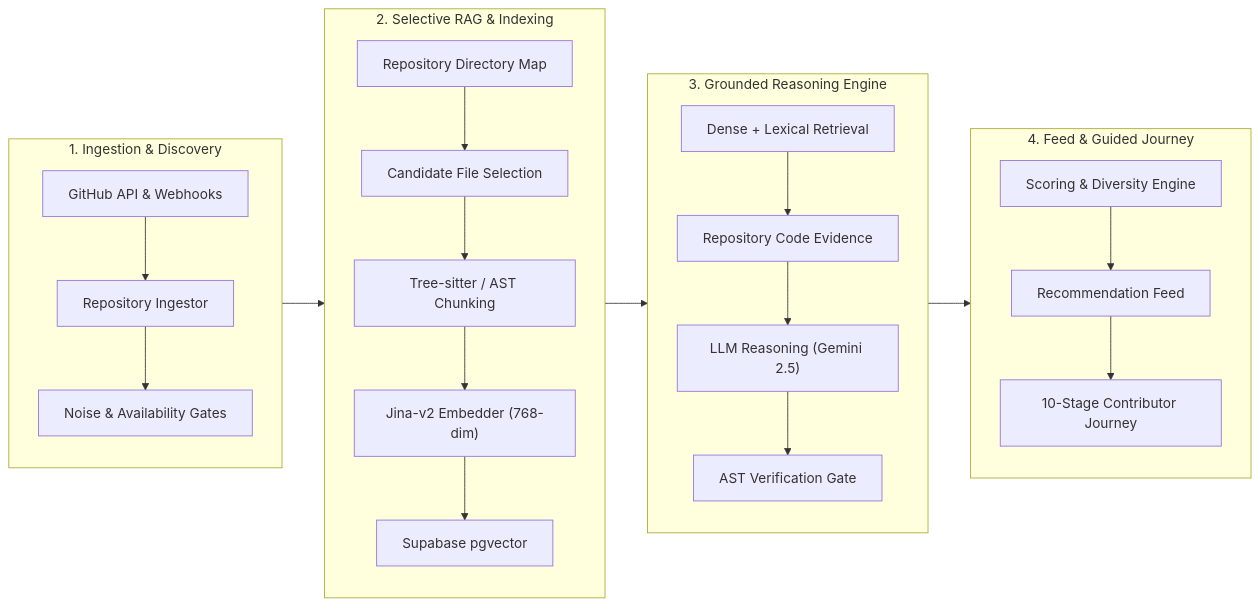
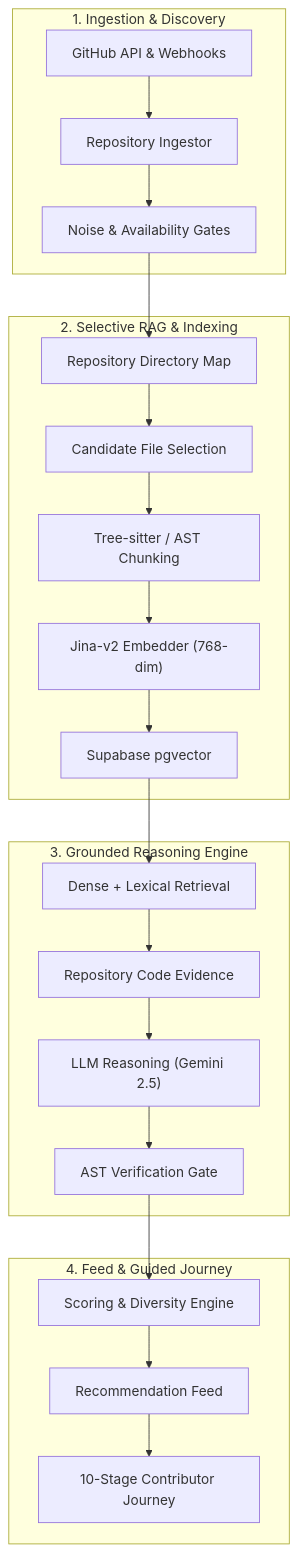
Before and after one commit to sriharizz/gitnova: the first of 3 diagrams in README.md, drawn with Mermaid. The commit also changed other lines of this file, not shown here.

Commit message:
docs: convert mermaid architecture diagrams to vertical flowchart TD layout

````diff
--- a/README.md
+++ b/README.md
@@ -27,33 +27,29 @@
 ```mermaid
-flowchart LR
+flowchart TD
     subgraph S1 ["1. Ingestion & Discovery"]
-        direction TB
         GH["GitHub API & Webhooks"] --> Ingest["Repository Ingestor"]
         Ingest --> Qual["Noise & Availability Gates"]
     end
 
     subgraph S2 ["2. Selective RAG & Indexing"]
-        direction TB
         RepoMap["Repository Directory Map"] --> Cand["Candidate File Selection"]
         Cand --> AST["Tree-sitter / AST Chunking"]
         AST --> Embed["Jina-v2 Embedder (768-dim)"]
         Embed --> VectorStore["Supabase pgvector"]
     end
 
     subgraph S3 ["3. Grounded Reasoning Engine"]
-        direction TB
         HybridRet["Dense + Lexical Retrieval"] --> GroundedEv["Repository Code Evidence"]
         GroundedEv --> LLM["LLM Reasoning (Gemini 2.5)"]
         LLM --> Verify["AST Verification Gate"]
     end
 
     subgraph S4 ["4. Feed & Guided Journey"]
-        direction TB
         Ranking["Scoring & Diversity Engine"] --> Feed["Recommendation Feed"]
         Feed --> Journey["10-Stage Contributor Journey"]
     end
 
     Qual --> RepoMap
     VectorStore --> HybridRet
     Verify --> Ranking
 ```
````
